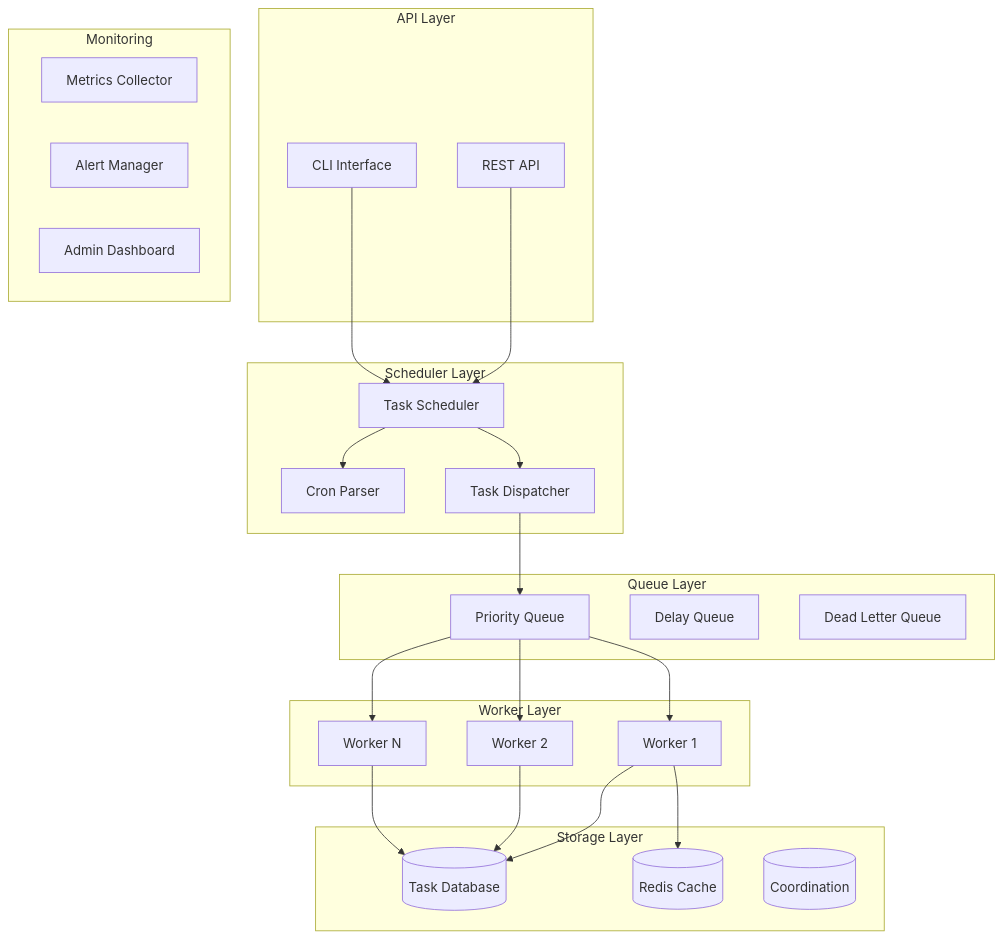
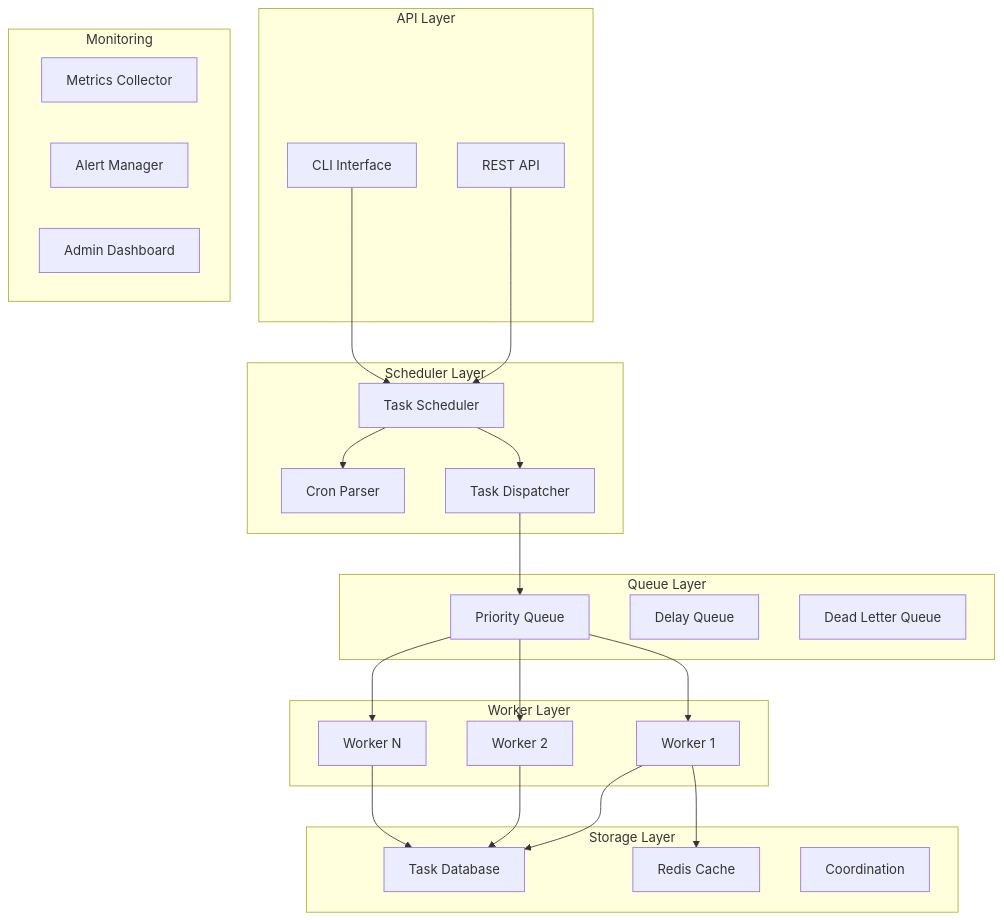
The first of 2 diagrams in modules/02-object-oriented-programming/33-mini-projects/enterprise/task-scheduler/README.md (javaengineeringacademy/java-engineering-academy), drawn with Mermaid before and after one commit. The commit also changed 3 other files, not shown here.

Commit message:
Fix Mermaid diagram syntax issues for GitHub rendering

````diff
--- a/modules/02-object-oriented-programming/33-mini-projects/enterprise/task-scheduler/README.md
+++ b/modules/02-object-oriented-programming/33-mini-projects/enterprise/task-scheduler/README.md
@@ -46,50 +46,50 @@
 ```mermaid
 graph TB
     subgraph API Layer
         REST[REST API]
         CLI[CLI Interface]
     end
     
     subgraph Scheduler Layer
         CronParser[Cron Parser]
         Scheduler[Task Scheduler]
         Dispatcher[Task Dispatcher]
     end
     
     subgraph Queue Layer
         PriorityQueue[Priority Queue]
         DelayQueue[Delay Queue]
         DLQ[Dead Letter Queue]
     end
     
     subgraph Worker Layer
         Worker1[Worker 1]
         Worker2[Worker 2]
         Worker3[Worker N]
     end
     
     subgraph Storage Layer
-        DB[(Task Database)]
-        Redis[(Redis Cache)]
-        ZooKeeper[(Coordination)]
+        DB["Task Database"]
+        Redis["Redis Cache"]
+        ZooKeeper["Coordination"]
     end
     
     subgraph Monitoring
         Metrics[Metrics Collector]
         Alerts[Alert Manager]
         Dashboard[Admin Dashboard]
     end
     
     REST --> Scheduler
     CLI --> Scheduler
     Scheduler --> CronParser
     Scheduler --> Dispatcher
     Dispatcher --> PriorityQueue
     PriorityQueue --> Worker1
     PriorityQueue --> Worker2
     PriorityQueue --> Worker3
     Worker1 --> DB
     Worker2 --> DB
     Worker3 --> DB
     Worker1 --> Redis
 ```
````
